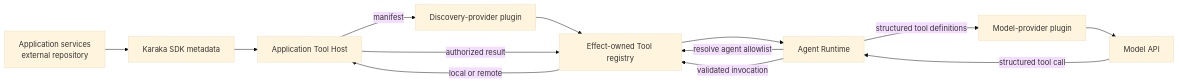
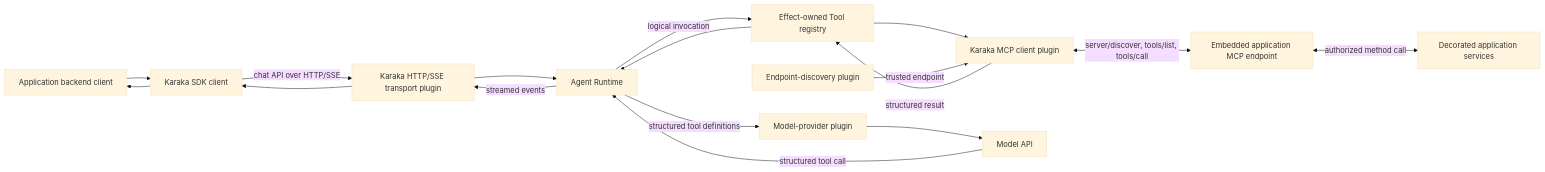
The diagram in docs/tool-architecture.md (karaka-ai/karaka), drawn with Mermaid (base theme) before and after one commit. The commit also changed other lines of this file and 2 other files, not shown here.

Commit message:
docs: adopt MCP for application tools

````diff
--- a/docs/tool-architecture.md
+++ b/docs/tool-architecture.md
@@ -41,19 +76,24 @@
 ```mermaid
 flowchart LR
-  Services["Application services<br/>external repository"]
-  SDK["Karaka SDK metadata"]
-  Host["Application Tool Host"]
-  Discovery["Discovery-provider plugin"]
+  App["Application backend client"]
+  SDKClient["Karaka SDK client"]
+  Transport["Karaka HTTP/SSE transport plugin"]
+  Runtime["Agent Runtime"]
   Registry["Effect-owned Tool registry"]
-  Runtime["Agent Runtime"]
+  MCPClient["Karaka MCP client plugin"]
+  EndpointDiscovery["Endpoint-discovery plugin"]
+  MCPServer["Embedded application MCP endpoint"]
+  Services["Decorated application services"]
   Adapter["Model-provider plugin"]
   Model["Model API"]
 
-  Services --> SDK --> Host
-  Host -->|manifest| Discovery --> Registry
-  Runtime -->|resolve agent allowlist| Registry
+  App --> SDKClient -->|chat API over HTTP/SSE| Transport --> Runtime
   Runtime -->|structured tool definitions| Adapter --> Model
   Model -->|structured tool call| Runtime
-  Runtime -->|validated invocation| Registry -->|local or remote| Host
-  Host -->|authorized result| Registry --> Runtime
+  Runtime -->|logical invocation| Registry --> MCPClient
+  EndpointDiscovery -->|trusted endpoint| MCPClient
+  MCPClient <-->|server/discover, tools/list, tools/call| MCPServer
+  MCPServer <-->|authorized method call| Services
+  MCPClient -->|structured result| Registry --> Runtime
+  Runtime -->|streamed events| Transport --> SDKClient --> App
 ```
````
